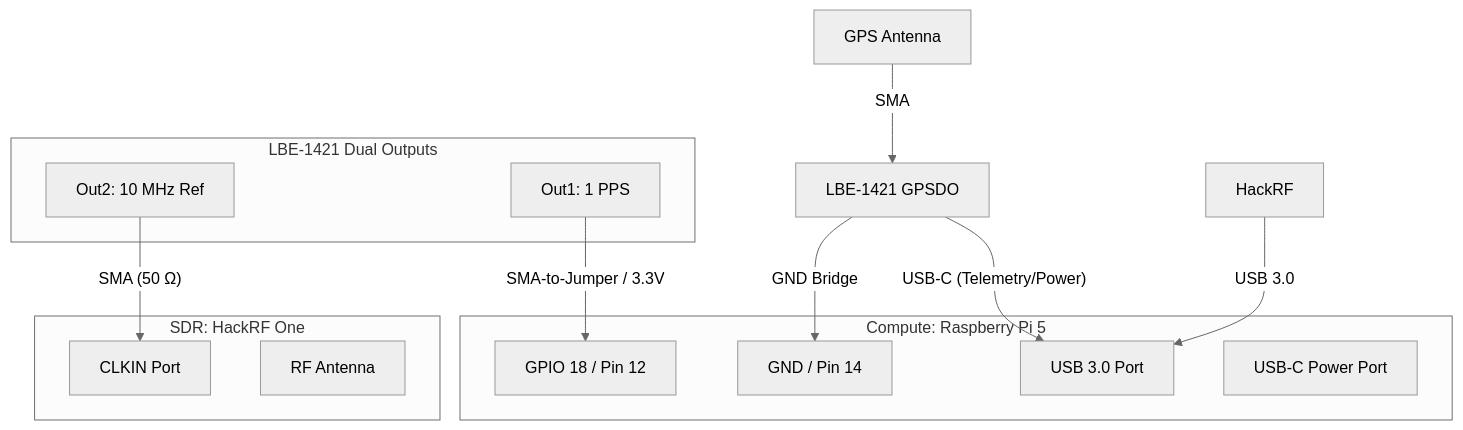
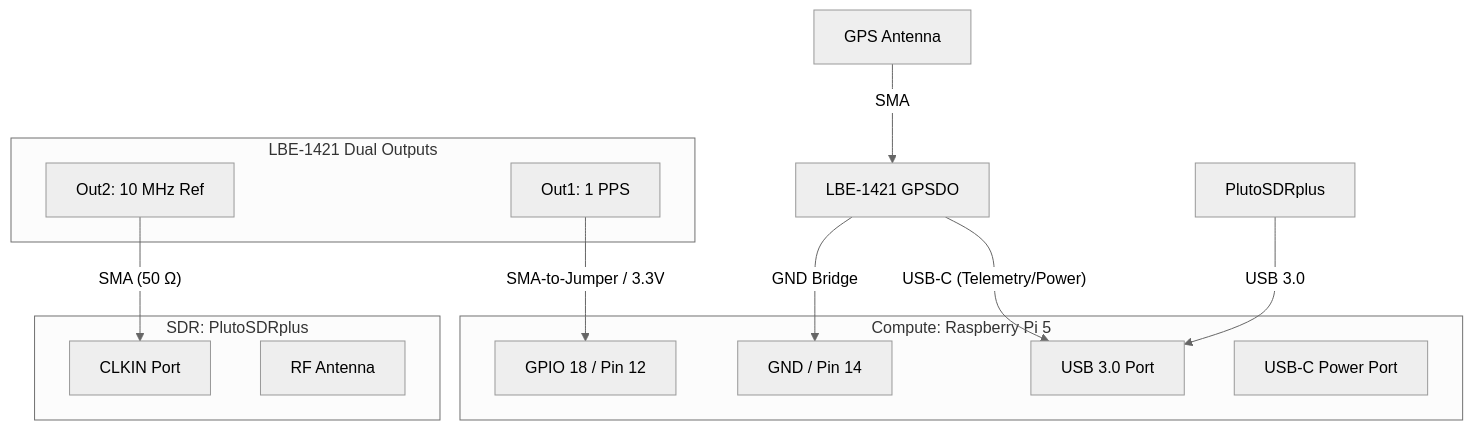
One commit to DynoGator/dslv-zpdi changed the diagram in docs/LBE-1421_WIRING.md. Above: the diagram before and after it, drawn with Mermaid (neutral theme). The commit also changed other lines of this file and 119 other files, not shown here.

Commit message:
refactor: fully align repo with PlutoSDRplus, v5.0.0, and resolve all conflicts

````diff
--- a/docs/LBE-1421_WIRING.md
+++ b/docs/LBE-1421_WIRING.md
@@ -8,27 +8,27 @@
 ```mermaid
 graph TD
     GPS[GPS Antenna] -- SMA --> LBE[LBE-1421 GPSDO]
     
     subgraph "LBE-1421 Dual Outputs"
         Out1[Out1: 1 PPS]
         Out2[Out2: 10 MHz Ref]
     end
     
-    subgraph "SDR: HackRF One"
+    subgraph "SDR: PlutoSDRplus"
         CLKIN[CLKIN Port]
         ANT[RF Antenna]
     end
     
     subgraph "Compute: Raspberry Pi 5"
         GPIO18[GPIO 18 / Pin 12]
         GND[GND / Pin 14]
         USB3[USB 3.0 Port]
         USBC_PWR[USB-C Power Port]
     end
     
     Out2 -- "SMA (50 Ω)" --> CLKIN
     Out1 -- "SMA-to-Jumper / 3.3V" --> GPIO18
     LBE -- "GND Bridge" --> GND
     LBE -- "USB-C (Telemetry/Power)" --> USB3
-    HackRF -- "USB 3.0" --> USB3
+    PlutoSDRplus -- "USB 3.0" --> USB3
 ```
````
